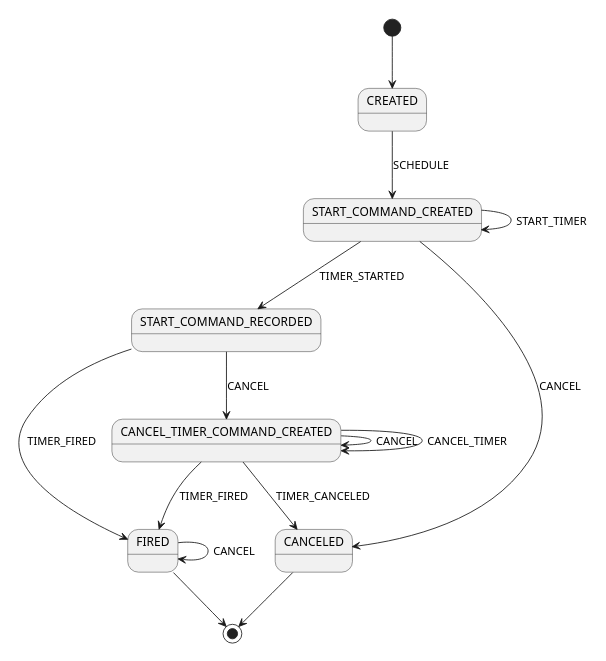
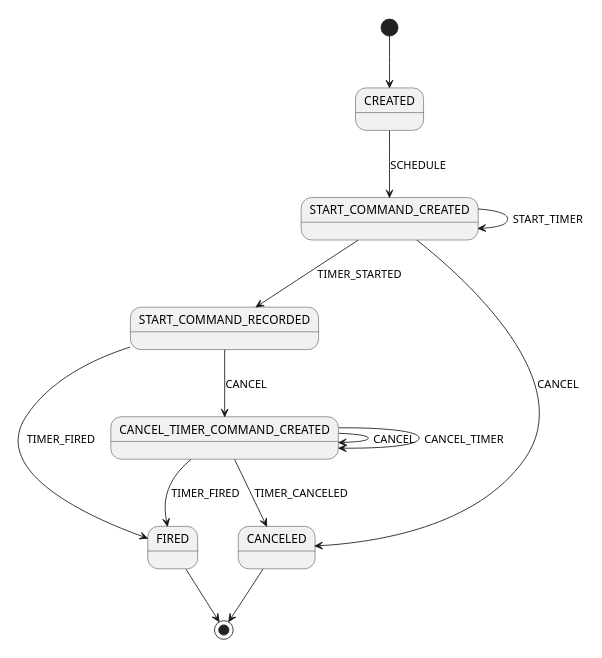
The diagram in src/main/java/io/temporal/internal/statemachines/TimerStateMachine.puml (temporalio/sdk-java), drawn with PlantUML before and after one commit. The commit also changed 25 other files, not shown here.

```diff
--- a/src/main/java/io/temporal/internal/statemachines/TimerStateMachine.puml
+++ b/src/main/java/io/temporal/internal/statemachines/TimerStateMachine.puml
@@ -23,17 +23,16 @@
 @startuml
 scale 350 width
 [*] --> CREATED
 CREATED --> START_COMMAND_CREATED: SCHEDULE
 START_COMMAND_CREATED --> START_COMMAND_CREATED: START_TIMER
 START_COMMAND_CREATED --> START_COMMAND_RECORDED: TIMER_STARTED
 START_COMMAND_CREATED --> CANCELED: CANCEL
 START_COMMAND_RECORDED --> FIRED: TIMER_FIRED
 START_COMMAND_RECORDED --> CANCEL_TIMER_COMMAND_CREATED: CANCEL
 CANCEL_TIMER_COMMAND_CREATED --> CANCEL_TIMER_COMMAND_CREATED: CANCEL
 CANCEL_TIMER_COMMAND_CREATED --> CANCELED: TIMER_CANCELED
 CANCEL_TIMER_COMMAND_CREATED --> CANCEL_TIMER_COMMAND_CREATED: CANCEL_TIMER
 CANCEL_TIMER_COMMAND_CREATED --> FIRED: TIMER_FIRED
-FIRED --> FIRED: CANCEL
 FIRED --> [*]
 CANCELED --> [*]
 @enduml
```
